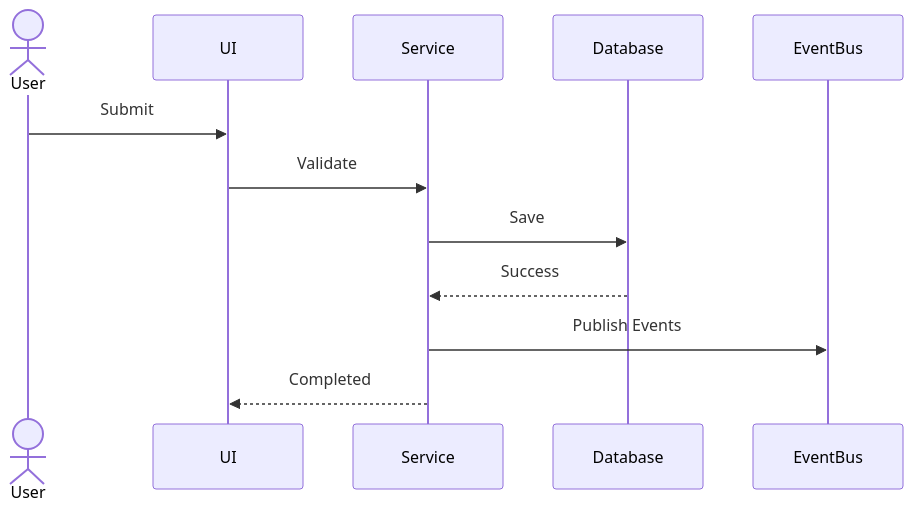
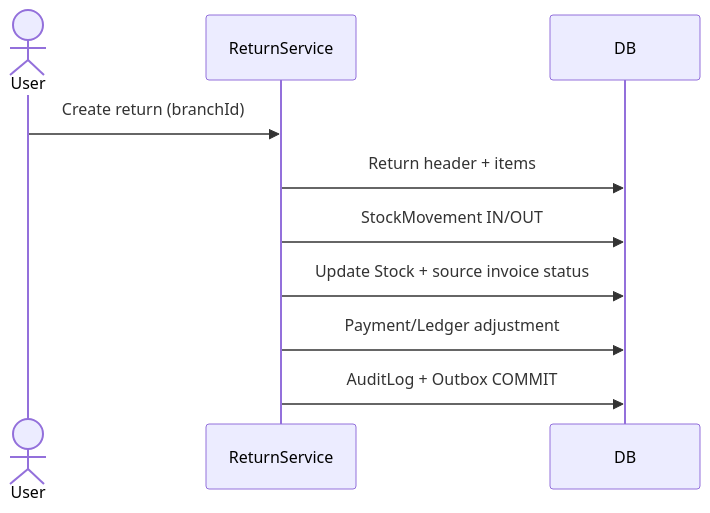
The diagram in docs/pharmacy_erp_architecture_docs/workflows/return-flow.md (akshaybadgujar20/pharmacy-erp-desktop), drawn with Mermaid before and after one commit. The commit also changed other lines of this file and 196 other files, not shown here.

````diff
--- a/docs/pharmacy_erp_architecture_docs/workflows/return-flow.md
+++ b/docs/pharmacy_erp_architecture_docs/workflows/return-flow.md
@@ -87,15 +81,13 @@
 ```mermaid
 sequenceDiagram
 actor User
-participant UI
-participant Service
-participant Database
-participant EventBus
+participant ReturnService
+participant DB
 
-User->>UI: Submit
-UI->>Service: Validate
-Service->>Database: Save
-Database-->>Service: Success
-Service->>EventBus: Publish Events
-Service-->>UI: Completed
+User->>ReturnService: Create return (branchId)
+ReturnService->>DB: Return header + items
+ReturnService->>DB: StockMovement IN/OUT
+ReturnService->>DB: Update Stock + source invoice status
+ReturnService->>DB: Payment/Ledger adjustment
+ReturnService->>DB: AuditLog + Outbox COMMIT
 ```
````
